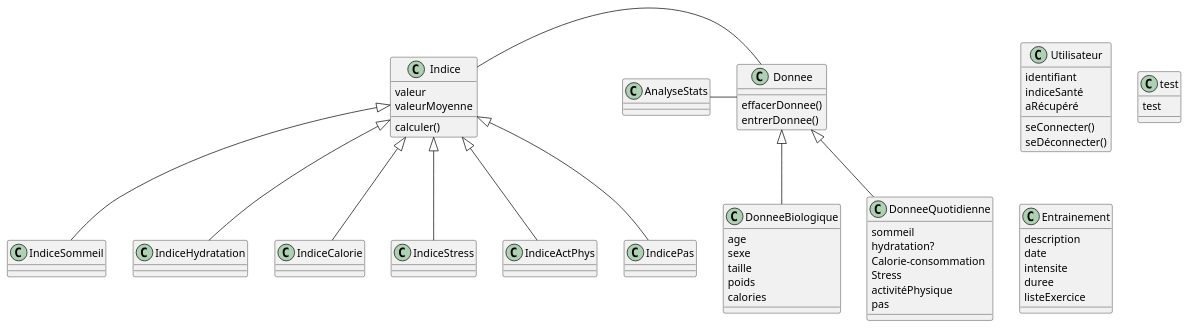
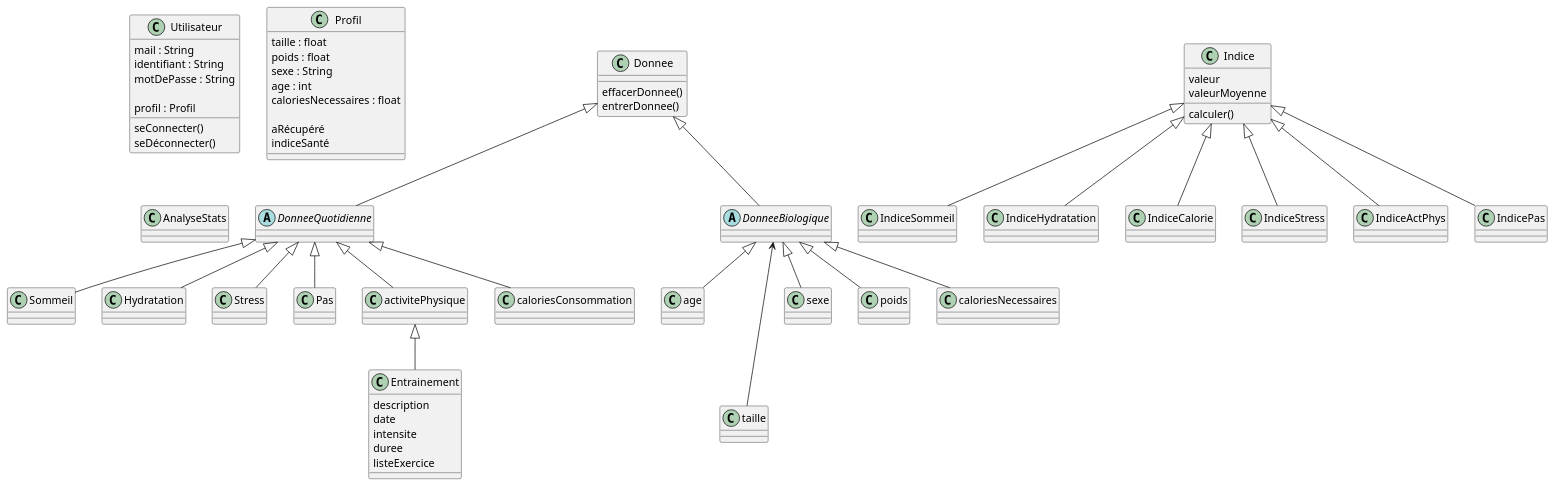
Before and after one commit to elea-vk/Salus: the diagram in DiagrammeUML/src/Salus.puml, drawn with PlantUML.

Commit message:
actualisation diag UML
actualisation UML, attention pas parfait encore

```diff
--- a/DiagrammeUML/src/Salus.puml
+++ b/DiagrammeUML/src/Salus.puml
@@ -1,90 +1,115 @@
 @startuml
 'https://plantuml.com/sequence-diagram
 
 
+class Utilisateur {
+mail : String
+identifiant : String
+motDePasse : String
 
-class Utilisateur {
- identifiant
- indiceSanté
- aRécupéré
+profil : Profil
+
 seConnecter()
 seDéconnecter()
 }
-class test {
-test
+
+class Profil {
+taille : float
+poids : float
+sexe : String
+age : int
+caloriesNecessaires : float
+
+ aRécupéré
+ indiceSanté
+
 }
+
+abstract class  DonneeQuotidienne {
+}
+class Sommeil {}
+DonneeQuotidienne <|-- Sommeil
+
+class Hydratation {}
+DonneeQuotidienne <|-- Hydratation
+
+class Stress {}
+DonneeQuotidienne <|--Stress
+
+class Pas {}
+DonneeQuotidienne <|--Pas
+
+class activitePhysique {}
+DonneeQuotidienne <|--activitePhysique
+
+class caloriesConsommation {}
+DonneeQuotidienne <|-- caloriesConsommation
+
+
+abstract class DonneeBiologique{}
+
+class age {}
+DonneeBiologique <|-- age
+
+class taille
+DonneeBiologique <--- taille
+
+class sexe {}
+DonneeBiologique <|--sexe
+
+class poids {}
+DonneeBiologique <|-- poids
+
+class caloriesNecessaires {}
+DonneeBiologique <|-- caloriesNecessaires
 
 
 
 class Donnee{
  effacerDonnee()
  entrerDonnee()
 }
 class Indice{
 valeur
 valeurMoyenne
 calculer()
 }
 
-Indice - Donnee
-
-class DonneeBiologique{
-age
-sexe
-taille
-poids
-calories
-
-}
-class DonneeQuotidienne{
-sommeil
-hydratation?
-Calorie-consommation
-Stress
-activitéPhysique
-pas
-
-}
-
 Donnee <|-- DonneeBiologique
 Donnee <|-- DonneeQuotidienne
-
-
-
-
-
 
 class IndiceSommeil
 class IndiceHydratation
 class IndiceCalorie
 class IndiceStress
 class IndiceActPhys
 class IndicePas
 
 
 Indice<|-- IndiceSommeil
 Indice<|-- IndiceHydratation
 Indice<|-- IndiceCalorie
 Indice<|-- IndiceStress
 Indice<|-- IndiceActPhys
 Indice<|-- IndicePas
 
 class Entrainement{
 description
 date
 intensite
 duree
 listeExercice
 }
-class AnalyseStats
-AnalyseStats - Donnee
+activitePhysique <|--Entrainement
+class AnalyseStats {}
+
 
 
 
 
 
 
 
 
 
 @enduml
```
